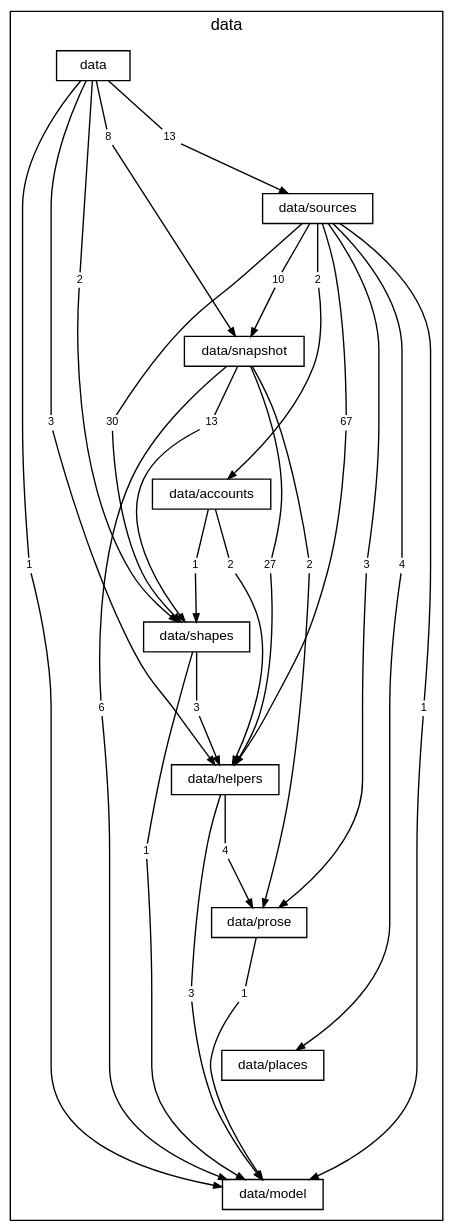
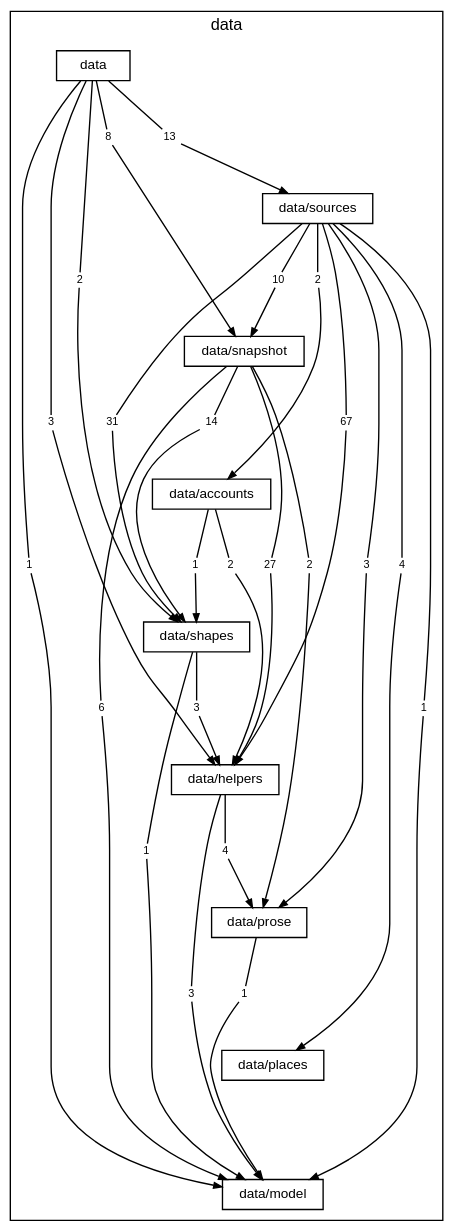
The diagram in docs/diagrams/layer-data.dot (TheAxeC/oculus), drawn with Graphviz before and after one commit. The commit also changed 139 other files, not shown here.

```diff
--- a/docs/diagrams/layer-data.dot
+++ b/docs/diagrams/layer-data.dot
@@ -1,94 +1,94 @@
 digraph layer_data {
     graph [bgcolor="transparent", rankdir=TB, newrank=true, mclimit=4, fontname="Helvetica", fontsize=12, nodesep=0.2, ranksep=0.5];
     node [shape=box, color="black", fontcolor="black", fontname="Helvetica", fontsize=10, height=0.3, margin="0.12,0.04"];
     edge [color="black", fontcolor="black", fontname="Helvetica", fontsize=8, arrowsize=0.6];
     subgraph "cluster_data" {
         label="data"; style=solid;
         "folder data" [label="data"];
         "folder data/sources" [label="data/sources"];
         "folder data/snapshot" [label="data/snapshot"];
         "folder data/accounts" [label="data/accounts"];
         "folder data/shapes" [label="data/shapes"];
         "folder data/helpers" [label="data/helpers"];
         "folder data/prose" [label="data/prose"];
         "folder data/places" [label="data/places"];
         "folder data/model" [label="data/model"];
         "folder data to folder data/helpers" [label="3", shape=box, color="transparent", fontsize=8, width=0, height=0, margin="0.04,0.02"];
         "folder data to folder data/model" [label="1", shape=box, color="transparent", fontsize=8, width=0, height=0, margin="0.04,0.02"];
         "folder data to folder data/shapes" [label="2", shape=box, color="transparent", fontsize=8, width=0, height=0, margin="0.04,0.02"];
         "folder data to folder data/snapshot" [label="8", shape=box, color="transparent", fontsize=8, width=0, height=0, margin="0.04,0.02"];
         "folder data to folder data/sources" [label="13", shape=box, color="transparent", fontsize=8, width=0, height=0, margin="0.04,0.02"];
         "folder data/sources to folder data/accounts" [label="2", shape=box, color="transparent", fontsize=8, width=0, height=0, margin="0.04,0.02"];
         "folder data/sources to folder data/helpers" [label="67", shape=box, color="transparent", fontsize=8, width=0, height=0, margin="0.04,0.02"];
         "folder data/sources to folder data/model" [label="1", shape=box, color="transparent", fontsize=8, width=0, height=0, margin="0.04,0.02"];
         "folder data/sources to folder data/places" [label="4", shape=box, color="transparent", fontsize=8, width=0, height=0, margin="0.04,0.02"];
         "folder data/sources to folder data/prose" [label="3", shape=box, color="transparent", fontsize=8, width=0, height=0, margin="0.04,0.02"];
-        "folder data/sources to folder data/shapes" [label="30", shape=box, color="transparent", fontsize=8, width=0, height=0, margin="0.04,0.02"];
+        "folder data/sources to folder data/shapes" [label="31", shape=box, color="transparent", fontsize=8, width=0, height=0, margin="0.04,0.02"];
         "folder data/sources to folder data/snapshot" [label="10", shape=box, color="transparent", fontsize=8, width=0, height=0, margin="0.04,0.02"];
         "folder data/snapshot to folder data/helpers" [label="27", shape=box, color="transparent", fontsize=8, width=0, height=0, margin="0.04,0.02"];
         "folder data/snapshot to folder data/model" [label="6", shape=box, color="transparent", fontsize=8, width=0, height=0, margin="0.04,0.02"];
         "folder data/snapshot to folder data/prose" [label="2", shape=box, color="transparent", fontsize=8, width=0, height=0, margin="0.04,0.02"];
-        "folder data/snapshot to folder data/shapes" [label="13", shape=box, color="transparent", fontsize=8, width=0, height=0, margin="0.04,0.02"];
+        "folder data/snapshot to folder data/shapes" [label="14", shape=box, color="transparent", fontsize=8, width=0, height=0, margin="0.04,0.02"];
         "folder data/accounts to folder data/helpers" [label="2", shape=box, color="transparent", fontsize=8, width=0, height=0, margin="0.04,0.02"];
         "folder data/accounts to folder data/shapes" [label="1", shape=box, color="transparent", fontsize=8, width=0, height=0, margin="0.04,0.02"];
         "folder data/shapes to folder data/helpers" [label="3", shape=box, color="transparent", fontsize=8, width=0, height=0, margin="0.04,0.02"];
         "folder data/shapes to folder data/model" [label="1", shape=box, color="transparent", fontsize=8, width=0, height=0, margin="0.04,0.02"];
         "folder data/helpers to folder data/model" [label="3", shape=box, color="transparent", fontsize=8, width=0, height=0, margin="0.04,0.02"];
         "folder data/helpers to folder data/prose" [label="4", shape=box, color="transparent", fontsize=8, width=0, height=0, margin="0.04,0.02"];
         "folder data/prose to folder data/model" [label="1", shape=box, color="transparent", fontsize=8, width=0, height=0, margin="0.04,0.02"];
     }
     "folder data" -> "folder data/sources" [style=invis, weight=10, minlen=2];
     "folder data/sources" -> "folder data/snapshot" [style=invis, weight=10, minlen=2];
     "folder data/snapshot" -> "folder data/accounts" [style=invis, weight=10, minlen=2];
     "folder data/accounts" -> "folder data/shapes" [style=invis, weight=10, minlen=2];
     "folder data/shapes" -> "folder data/helpers" [style=invis, weight=10, minlen=2];
     "folder data/helpers" -> "folder data/prose" [style=invis, weight=10, minlen=2];
     "folder data/prose" -> "folder data/places" [style=invis, weight=10, minlen=2];
     "folder data/places" -> "folder data/model" [style=invis, weight=10, minlen=2];
     "folder data" -> "folder data to folder data/helpers" [arrowhead=none, minlen=5, weight=10];
     "folder data to folder data/helpers" -> "folder data/helpers" [];
     "folder data" -> "folder data to folder data/model" [arrowhead=none, minlen=7, weight=10];
     "folder data to folder data/model" -> "folder data/model" [];
     "folder data" -> "folder data to folder data/shapes" [arrowhead=none, minlen=3, weight=10];
     "folder data to folder data/shapes" -> "folder data/shapes" [];
     "folder data" -> "folder data to folder data/snapshot" [arrowhead=none, minlen=1, weight=10];
     "folder data to folder data/snapshot" -> "folder data/snapshot" [];
     "folder data" -> "folder data to folder data/sources" [arrowhead=none, minlen=1, weight=10];
     "folder data to folder data/sources" -> "folder data/sources" [];
     "folder data/sources" -> "folder data/sources to folder data/accounts" [arrowhead=none, minlen=1, weight=10];
     "folder data/sources to folder data/accounts" -> "folder data/accounts" [];
     "folder data/sources" -> "folder data/sources to folder data/helpers" [arrowhead=none, minlen=3, weight=10];
     "folder data/sources to folder data/helpers" -> "folder data/helpers" [];
     "folder data/sources" -> "folder data/sources to folder data/model" [arrowhead=none, minlen=7, weight=10];
     "folder data/sources to folder data/model" -> "folder data/model" [];
     "folder data/sources" -> "folder data/sources to folder data/places" [arrowhead=none, minlen=5, weight=10];
     "folder data/sources to folder data/places" -> "folder data/places" [];
     "folder data/sources" -> "folder data/sources to folder data/prose" [arrowhead=none, minlen=5, weight=10];
     "folder data/sources to folder data/prose" -> "folder data/prose" [];
     "folder data/sources" -> "folder data/sources to folder data/shapes" [arrowhead=none, minlen=3, weight=10];
     "folder data/sources to folder data/shapes" -> "folder data/shapes" [];
     "folder data/sources" -> "folder data/sources to folder data/snapshot" [arrowhead=none, minlen=1, weight=10];
     "folder data/sources to folder data/snapshot" -> "folder data/snapshot" [];
     "folder data/snapshot" -> "folder data/snapshot to folder data/helpers" [arrowhead=none, minlen=3, weight=10];
     "folder data/snapshot to folder data/helpers" -> "folder data/helpers" [];
     "folder data/snapshot" -> "folder data/snapshot to folder data/model" [arrowhead=none, minlen=5, weight=10];
     "folder data/snapshot to folder data/model" -> "folder data/model" [];
     "folder data/snapshot" -> "folder data/snapshot to folder data/prose" [arrowhead=none, minlen=3, weight=10];
     "folder data/snapshot to folder data/prose" -> "folder data/prose" [];
     "folder data/snapshot" -> "folder data/snapshot to folder data/shapes" [arrowhead=none, minlen=1, weight=10];
     "folder data/snapshot to folder data/shapes" -> "folder data/shapes" [];
     "folder data/accounts" -> "folder data/accounts to folder data/helpers" [arrowhead=none, minlen=1, weight=10];
     "folder data/accounts to folder data/helpers" -> "folder data/helpers" [];
     "folder data/accounts" -> "folder data/accounts to folder data/shapes" [arrowhead=none, minlen=1, weight=10];
     "folder data/accounts to folder data/shapes" -> "folder data/shapes" [];
     "folder data/shapes" -> "folder data/shapes to folder data/helpers" [arrowhead=none, minlen=1, weight=10];
     "folder data/shapes to folder data/helpers" -> "folder data/helpers" [];
     "folder data/shapes" -> "folder data/shapes to folder data/model" [arrowhead=none, minlen=3, weight=10];
     "folder data/shapes to folder data/model" -> "folder data/model" [];
     "folder data/helpers" -> "folder data/helpers to folder data/model" [arrowhead=none, minlen=3, weight=10];
     "folder data/helpers to folder data/model" -> "folder data/model" [];
     "folder data/helpers" -> "folder data/helpers to folder data/prose" [arrowhead=none, minlen=1, weight=10];
     "folder data/helpers to folder data/prose" -> "folder data/prose" [];
     "folder data/prose" -> "folder data/prose to folder data/model" [arrowhead=none, minlen=1, weight=10];
     "folder data/prose to folder data/model" -> "folder data/model" [];
 }
```
